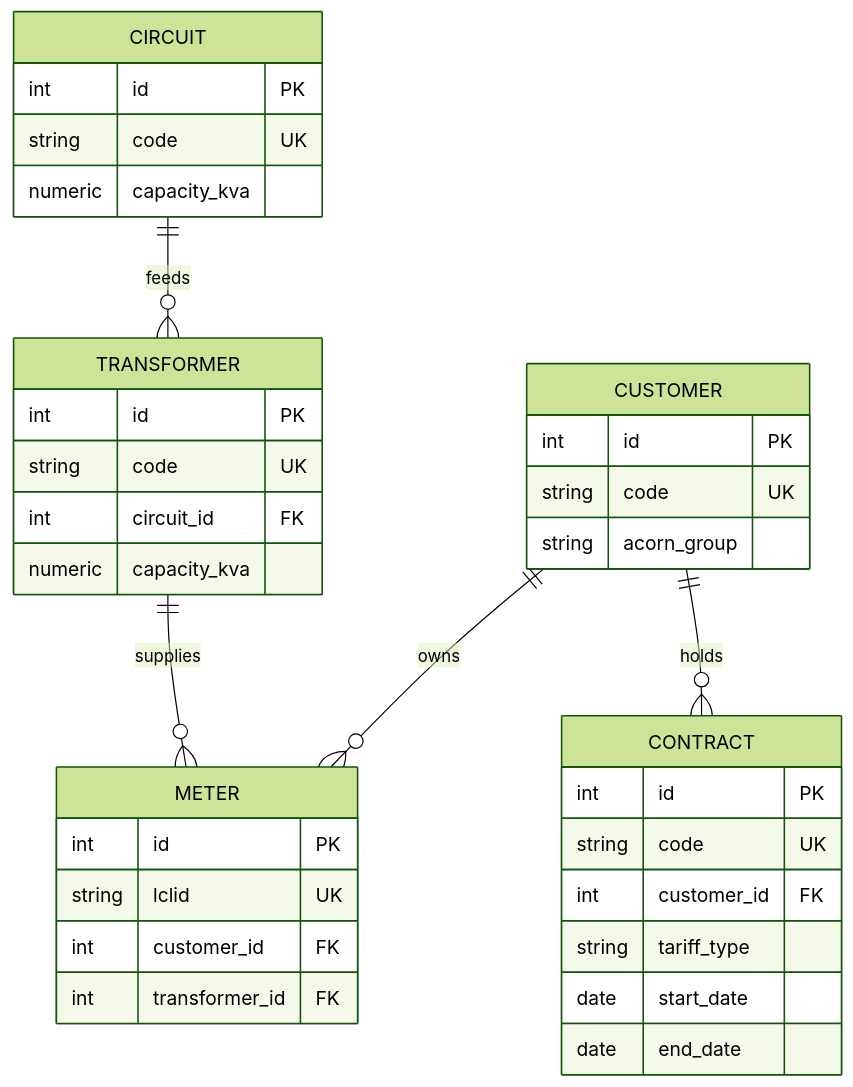
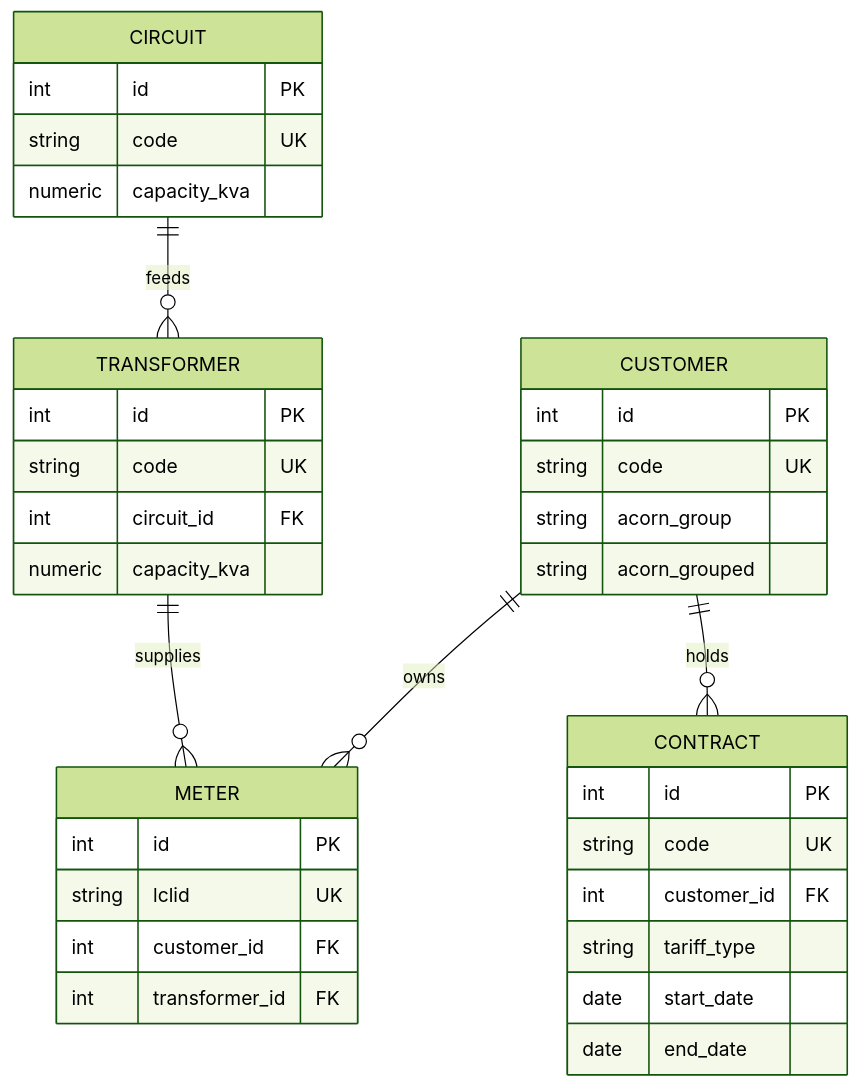
Before and after one commit to VoltiaGrid-Medicion-Inteligente/voltiagrid-api: the diagram in docs/erd.md, drawn with Mermaid (forest theme). The commit also changed other lines of this file and 9 other files, not shown here.

````diff
--- a/docs/erd.md
+++ b/docs/erd.md
@@ -7,38 +7,39 @@
 ```mermaid
 erDiagram
   CIRCUIT ||--o{ TRANSFORMER : feeds
   TRANSFORMER ||--o{ METER : supplies
   CUSTOMER ||--o{ METER : owns
   CUSTOMER ||--o{ CONTRACT : holds
 
   CIRCUIT {
     int id PK
     string code UK
     numeric capacity_kva
   }
   TRANSFORMER {
     int id PK
     string code UK
     int circuit_id FK
     numeric capacity_kva
   }
   CUSTOMER {
     int id PK
     string code UK
     string acorn_group
+    string acorn_grouped
   }
   CONTRACT {
     int id PK
     string code UK
     int customer_id FK
     string tariff_type
     date start_date
     date end_date
   }
   METER {
     int id PK
     string lclid UK
     int customer_id FK
     int transformer_id FK
   }
 ```
````
